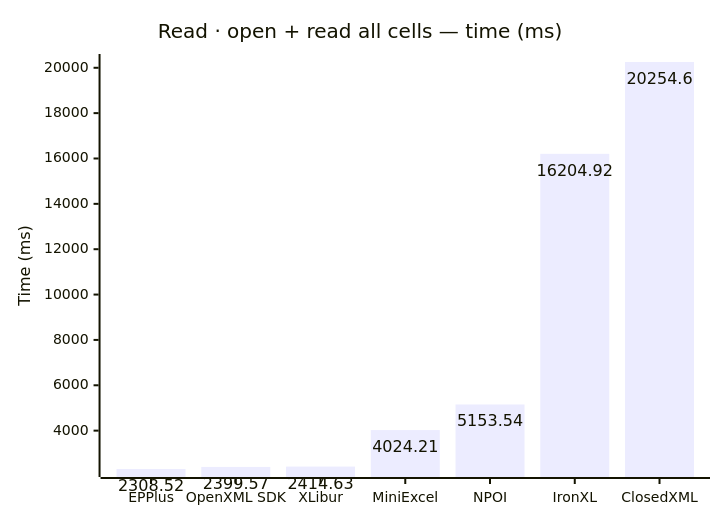
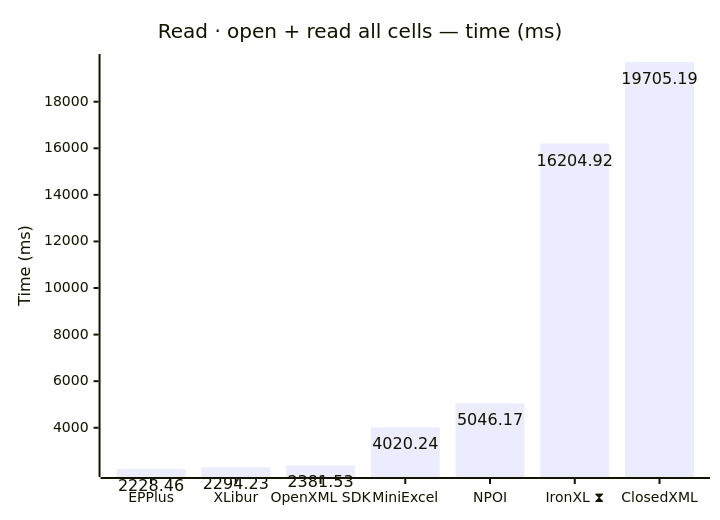
Before and after one commit to jafin/XLBench: the third of 8 diagrams in docs/results.md, drawn with Mermaid. The commit also changed other lines of this file and 2 other files, not shown here.

First line of the commit message:
docs: refresh benchmark results on XLibur 0.200.0

````diff
--- a/docs/results.md
+++ b/docs/results.md
@@ -61,12 +65,12 @@
 ```mermaid
 ---
 config:
   xyChart:
     showDataLabel: true
 ---
 xychart-beta
     title "Read · open + read all cells — time (ms)"
-    x-axis ["EPPlus", "OpenXML SDK", "XLibur", "MiniExcel", "NPOI", "IronXL", "ClosedXML"]
+    x-axis ["EPPlus", "XLibur", "OpenXML SDK", "MiniExcel", "NPOI", "IronXL ⧗", "ClosedXML"]
     y-axis "Time (ms)"
-    bar [2308.52, 2399.57, 2414.63, 4024.21, 5153.54, 16204.92, 20254.6]
+    bar [2228.46, 2294.23, 2381.53, 4020.24, 5046.17, 16204.92, 19705.19]
 ```
````
